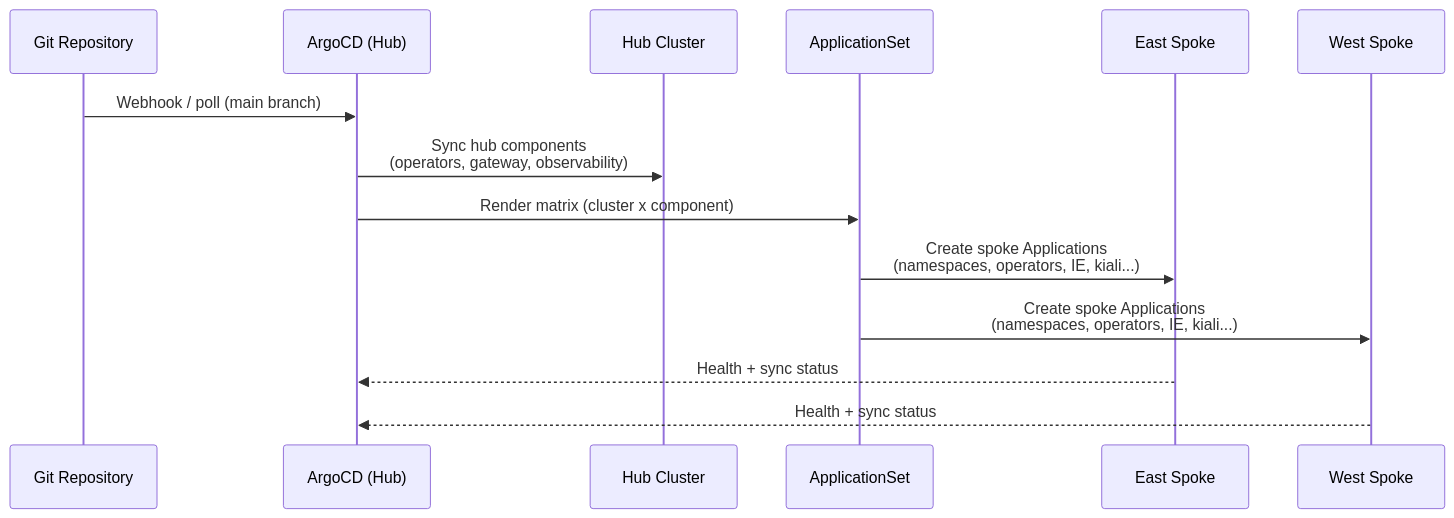
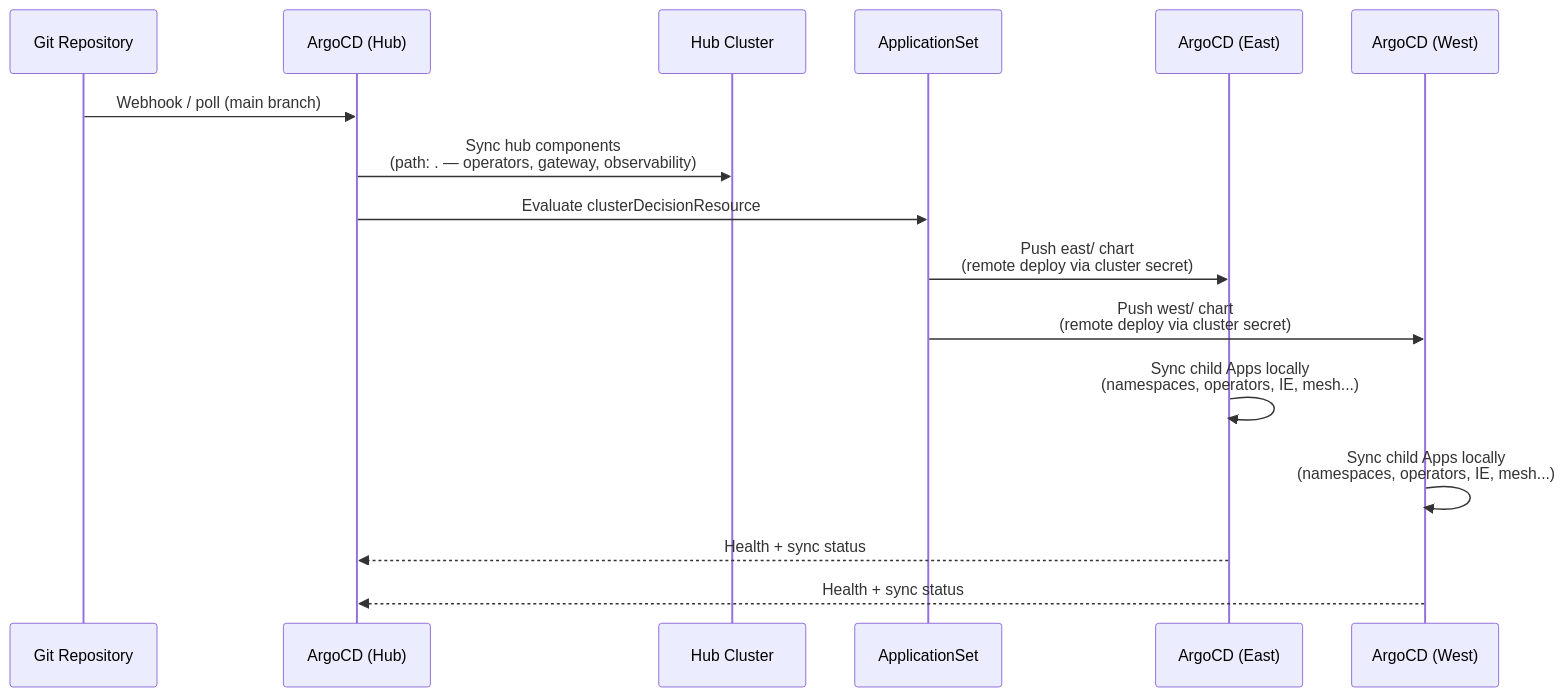
Before and after one commit to maximilianoPizarro/platform-hub-spoke-config: the second of 7 diagrams in docs/architecture.md, drawn with Mermaid. The commit also changed other lines of this file and 18 other files, not shown here.

First line of the commit message:
feat: remote GitOps model, spoke charts, dark Mermaid, CI lint east/west

````diff
--- a/docs/architecture.md
+++ b/docs/architecture.md
@@ -111,17 +122,19 @@
 ```mermaid
 sequenceDiagram
   participant Git as Git Repository
-  participant Argo as ArgoCD (Hub)
+  participant HubArgo as ArgoCD (Hub)
   participant Hub as Hub Cluster
   participant AppSet as ApplicationSet
-  participant East as East Spoke
-  participant West as West Spoke
+  participant EastArgo as ArgoCD (East)
+  participant WestArgo as ArgoCD (West)
 
-  Git->>Argo: Webhook / poll (main branch)
-  Argo->>Hub: Sync hub components<br/>(operators, gateway, observability)
-  Argo->>AppSet: Render matrix (cluster x component)
-  AppSet->>East: Create spoke Applications<br/>(namespaces, operators, IE, kiali...)
-  AppSet->>West: Create spoke Applications<br/>(namespaces, operators, IE, kiali...)
-  East-->>Argo: Health + sync status
-  West-->>Argo: Health + sync status
+  Git->>HubArgo: Webhook / poll (main branch)
+  HubArgo->>Hub: Sync hub components<br/>(path: . — operators, gateway, observability)
+  HubArgo->>AppSet: Evaluate clusterDecisionResource
+  AppSet->>EastArgo: Push east/ chart<br/>(remote deploy via cluster secret)
+  AppSet->>WestArgo: Push west/ chart<br/>(remote deploy via cluster secret)
+  EastArgo->>EastArgo: Sync child Apps locally<br/>(namespaces, operators, IE, mesh...)
+  WestArgo->>WestArgo: Sync child Apps locally<br/>(namespaces, operators, IE, mesh...)
+  EastArgo-->>HubArgo: Health + sync status
+  WestArgo-->>HubArgo: Health + sync status
 ```
````
